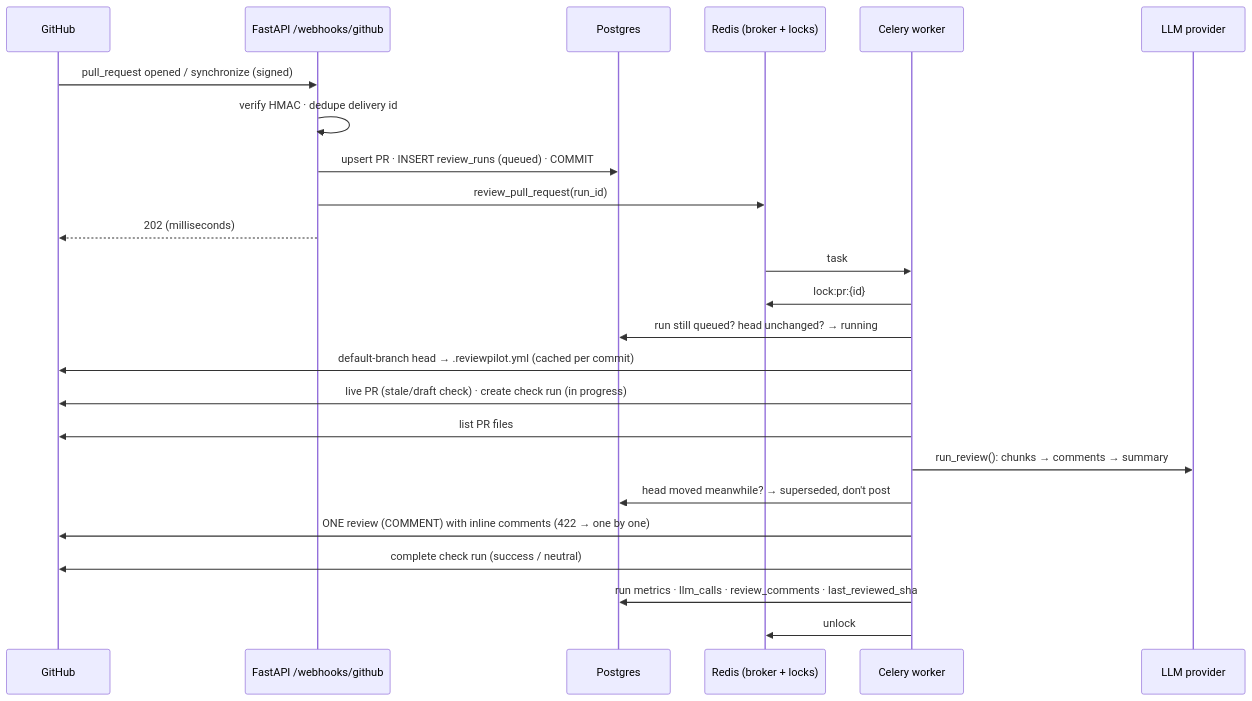
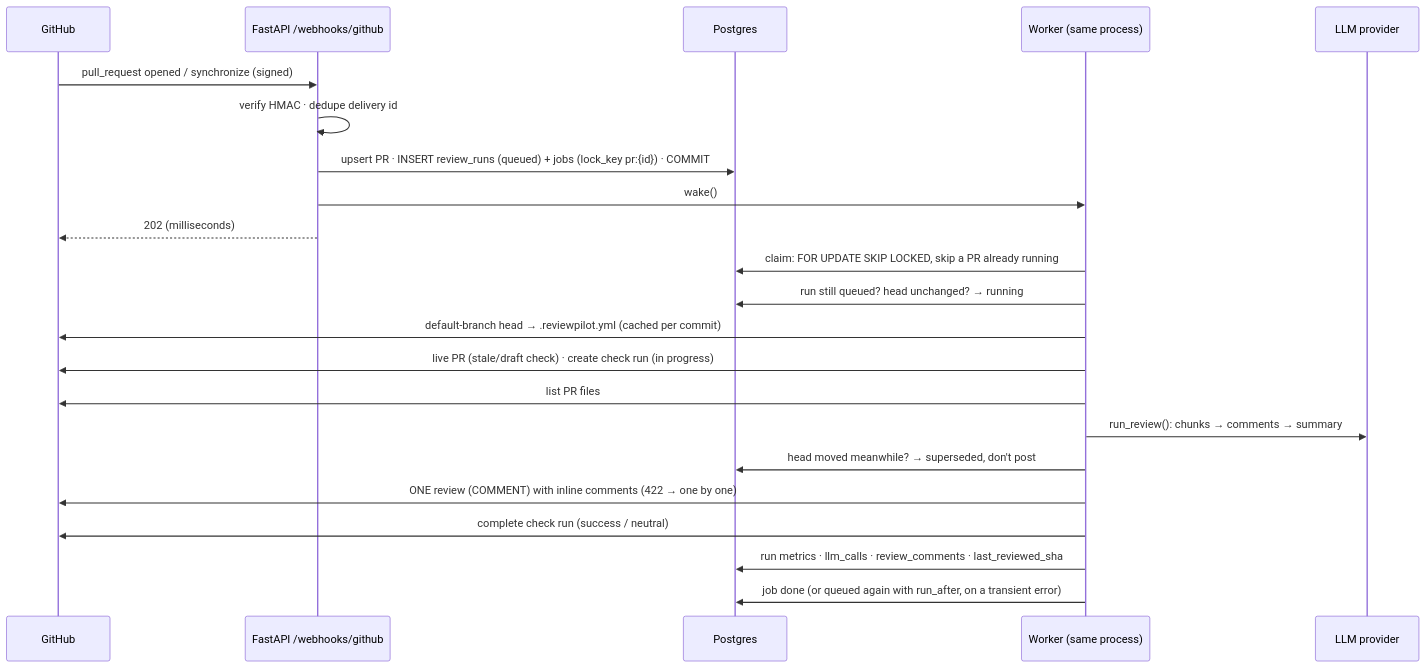
One commit to Ommadure/ai-pr-reviewer changed the second of 3 diagrams in docs/architecture.md. Above: the diagram before and after it, drawn with Mermaid. The commit also changed other lines of this file and 61 other files, not shown here.

First line of the commit message:
Replace Celery + Redis with a Postgres job queue and an in-process worker

````diff
--- a/docs/architecture.md
+++ b/docs/architecture.md
@@ -29,26 +28,24 @@
 ```mermaid
 sequenceDiagram
     participant GH as GitHub
     participant API as FastAPI /webhooks/github
     participant DB as Postgres
-    participant Q as Redis (broker + locks)
-    participant W as Celery worker
+    participant W as Worker (same process)
     participant LLM as LLM provider
     GH->>API: pull_request opened / synchronize (signed)
     API->>API: verify HMAC · dedupe delivery id
-    API->>DB: upsert PR · INSERT review_runs (queued) · COMMIT
-    API->>Q: review_pull_request(run_id)
+    API->>DB: upsert PR · INSERT review_runs (queued) + jobs (lock_key pr:{id}) · COMMIT
+    API->>W: wake()
     API-->>GH: 202 (milliseconds)
-    Q->>W: task
-    W->>Q: lock:pr:{id}
+    W->>DB: claim: FOR UPDATE SKIP LOCKED, skip a PR already running
     W->>DB: run still queued? head unchanged? → running
     W->>GH: default-branch head → .reviewpilot.yml (cached per commit)
     W->>GH: live PR (stale/draft check) · create check run (in progress)
     W->>GH: list PR files
     W->>LLM: run_review(): chunks → comments → summary
     W->>DB: head moved meanwhile? → superseded, don't post
     W->>GH: ONE review (COMMENT) with inline comments (422 → one by one)
     W->>GH: complete check run (success / neutral)
     W->>DB: run metrics · llm_calls · review_comments · last_reviewed_sha
-    W->>Q: unlock
+    W->>DB: job done (or queued again with run_after, on a transient error)
 ```
````
